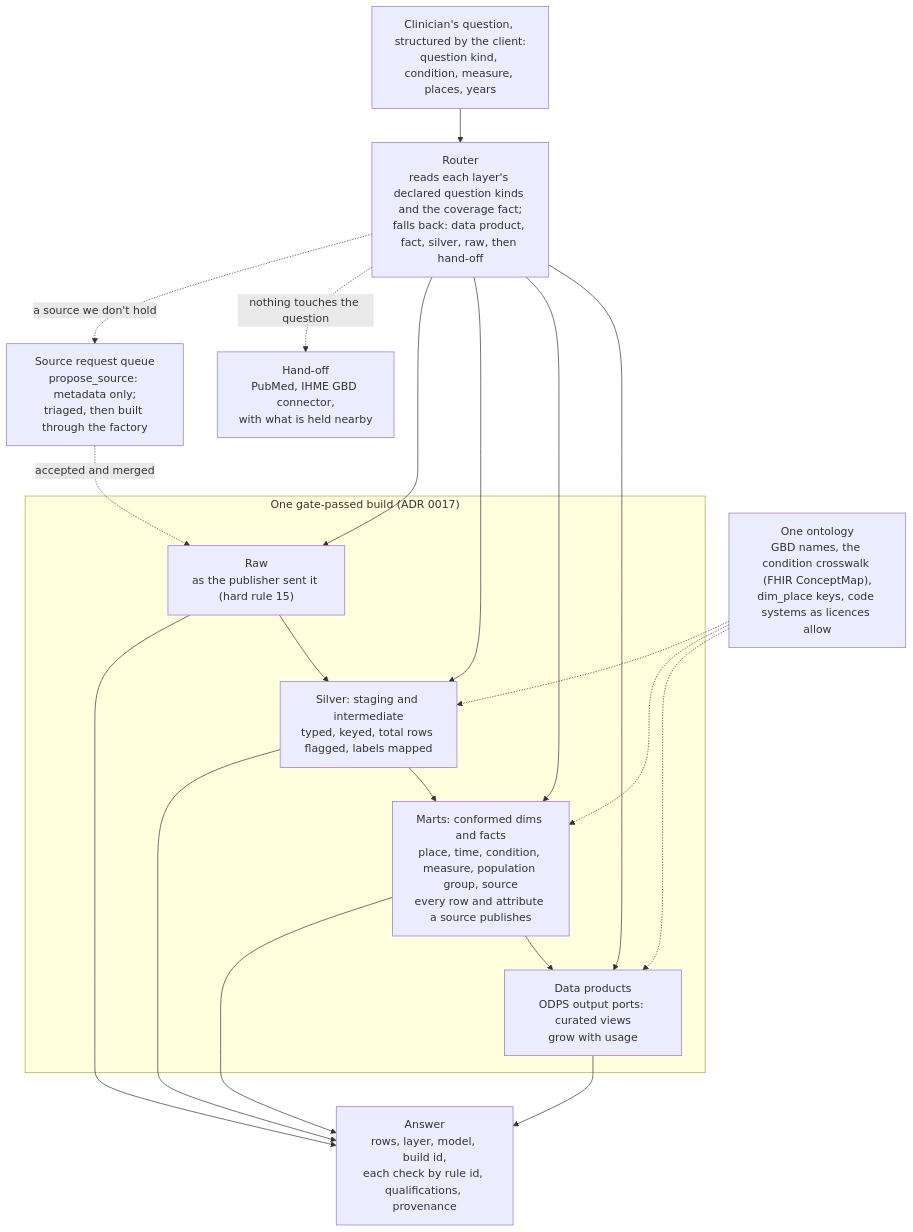
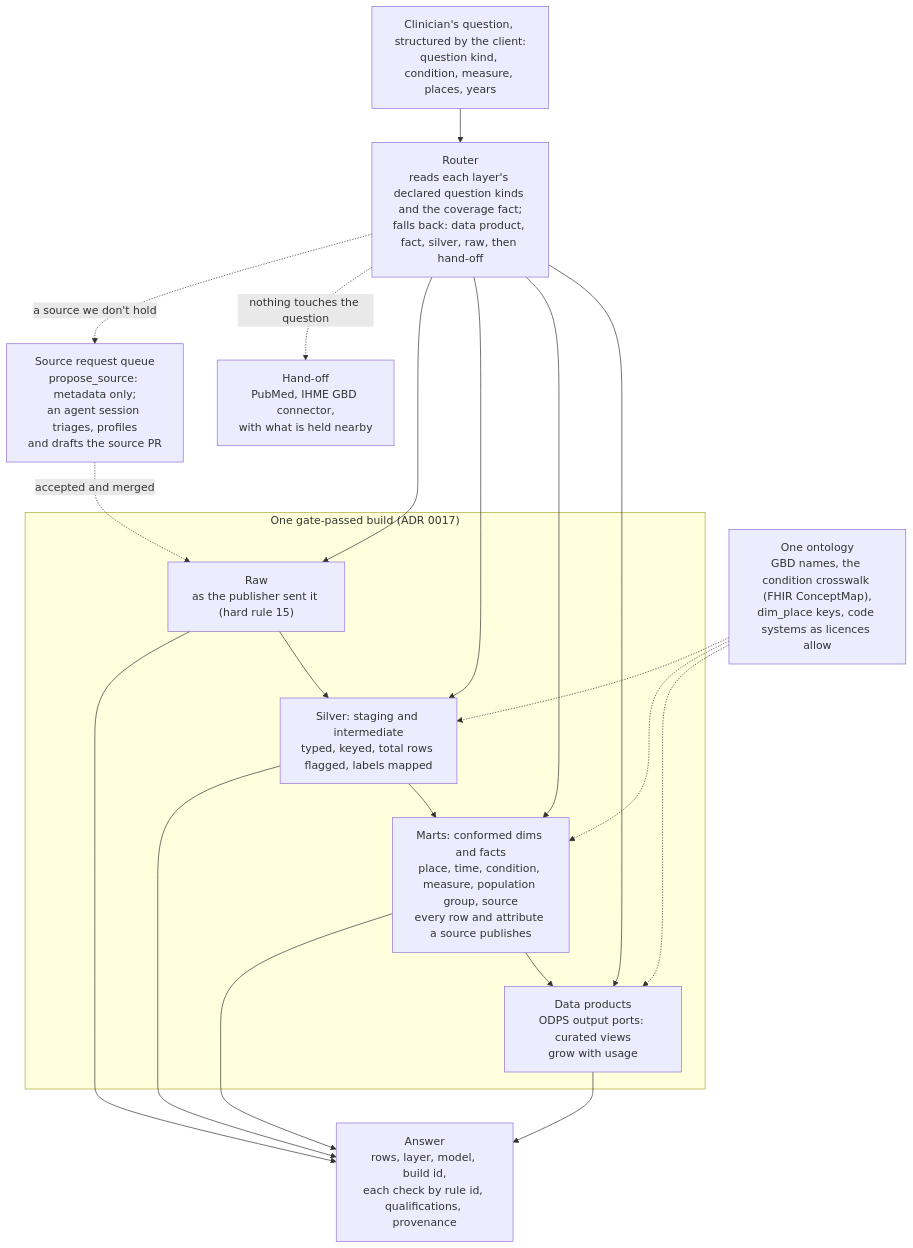
Before and after one commit to jtouley/health-data-registry: the diagram in docs/adr/0020-contracted-layers-ontology-router.md, drawn with Mermaid. The commit also changed other lines of this file and 2 other files, not shown here.

First line of the commit message:
docs: ADR 0020 decision 5 follows #285's flow

````diff
--- a/docs/adr/0020-contracted-layers-ontology-router.md
+++ b/docs/adr/0020-contracted-layers-ontology-router.md
@@ -51,32 +51,32 @@
 ```mermaid
 flowchart TB
     q["Clinician's question, structured by the client:<br/>question kind, condition, measure, places, years"]
     router["Router<br/>reads each layer's declared question kinds and the coverage fact;<br/>falls back: data product, fact, silver, raw, then hand-off"]
     handoff["Hand-off<br/>PubMed, IHME GBD connector,<br/>with what is held nearby"]
     subgraph build["One gate-passed build (ADR 0017)"]
         products["Data products<br/>ODPS output ports: curated views<br/>grow with usage"]
         marts["Marts: conformed dims and facts<br/>place, time, condition, measure, population group, source<br/>every row and attribute a source publishes"]
         silver["Silver: staging and intermediate<br/>typed, keyed, total rows flagged, labels mapped"]
         raw["Raw<br/>as the publisher sent it (hard rule 15)"]
     end
     ontology["One ontology<br/>GBD names, the condition crosswalk (FHIR ConceptMap),<br/>dim_place keys, code systems as licences allow"]
     answer["Answer<br/>rows, layer, model, build id,<br/>each check by rule id, qualifications, provenance"]
 
     q --> router
     router --> products
     router --> marts
     router --> silver
     router --> raw
     router -.->|nothing touches the question| handoff
-    queue["Source request queue<br/>propose_source: metadata only;<br/>triaged, then built through the factory"]
+    queue["Source request queue<br/>propose_source: metadata only;<br/>an agent session triages, profiles<br/>and drafts the source PR"]
     router -.->|a source we don't hold| queue
     queue -.->|accepted and merged| raw
     raw --> silver --> marts --> products
     ontology -.-> products
     ontology -.-> marts
     ontology -.-> silver
     products --> answer
     marts --> answer
     silver --> answer
     raw --> answer
 ```
````
